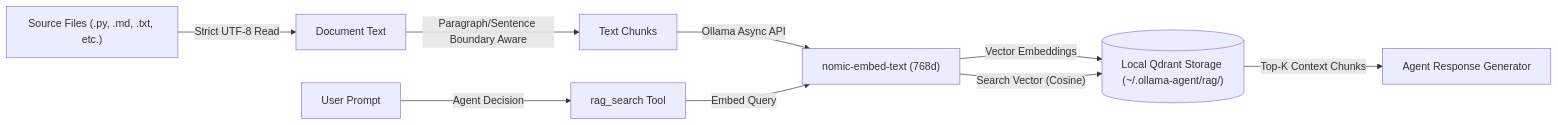
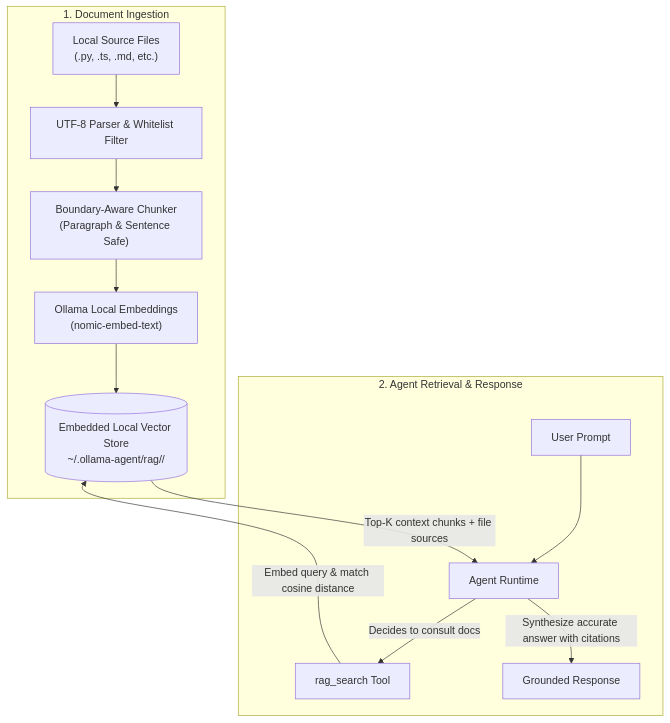
The diagram in docs/rag.md (arrase/ollama-agent), drawn with Mermaid before and after one commit. The commit also changed other lines of this file and 10 other files, not shown here.

````diff
--- a/docs/rag.md
+++ b/docs/rag.md
@@ -11,12 +66,17 @@
 ```mermaid
-flowchart LR
-    Docs["Source Files (.py, .md, .txt, etc.)"] -->|"Strict UTF-8 Read"| Text["Document Text"]
-    Text -->|"Paragraph/Sentence Boundary Aware"| Chunks["Text Chunks"]
-    Chunks -->|"Ollama Async API"| Embedder["nomic-embed-text (768d)"]
-    Embedder -->|"Vector Embeddings"| Qdrant[("Local Qdrant Storage (~/.ollama-agent/rag/)")]
-    
-    UserQuery["User Prompt"] -->|"Agent Decision"| ToolCall["rag_search Tool"]
-    ToolCall -->|"Embed Query"| Embedder
-    Embedder -->|"Search Vector (Cosine)"| Qdrant
-    Qdrant -->|"Top-K Context Chunks"| AgentContext["Agent Response Generator"]
+flowchart TD
+    subgraph Ingestion ["1. Document Ingestion"]
+        Files["Local Source Files\n(.py, .ts, .md, etc.)"] --> Reader["UTF-8 Parser & Whitelist Filter"]
+        Reader --> Chunker["Boundary-Aware Chunker\n(Paragraph & Sentence Safe)"]
+        Chunker --> Embedder["Ollama Local Embeddings\n(nomic-embed-text)"]
+        Embedder --> VectorDB[("Embedded Local Vector Store\n~/.ollama-agent/rag/<db>/")]
+    end
+
+    subgraph Retrieval ["2. Agent Retrieval & Response"]
+        User["User Prompt"] --> Agent["Agent Runtime"]
+        Agent -->|"Decides to consult docs"| Search["rag_search Tool"]
+        Search -->|"Embed query & match cosine distance"| VectorDB
+        VectorDB -->|"Top-K context chunks + file sources"| Agent
+        Agent -->|"Synthesize accurate answer with citations"| Answer["Grounded Response"]
+    end
 ```
````
